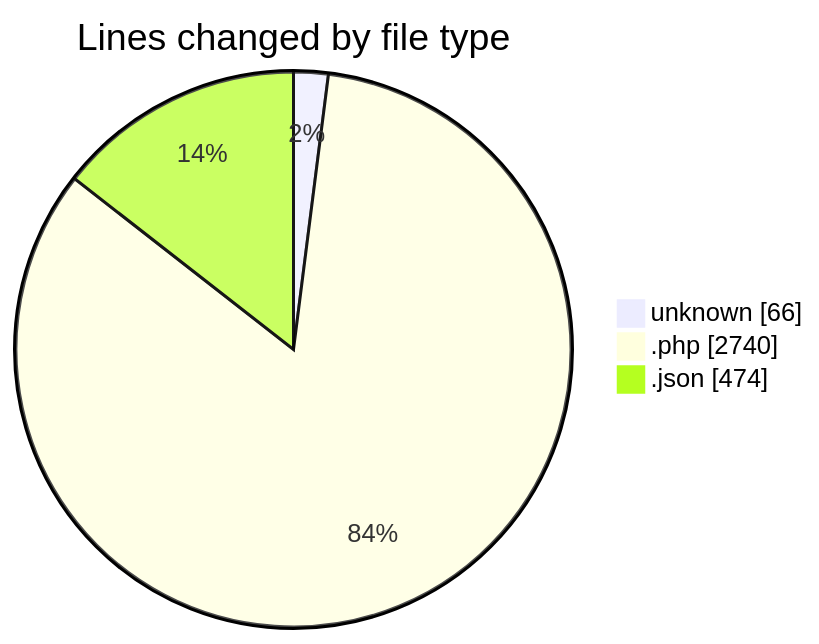
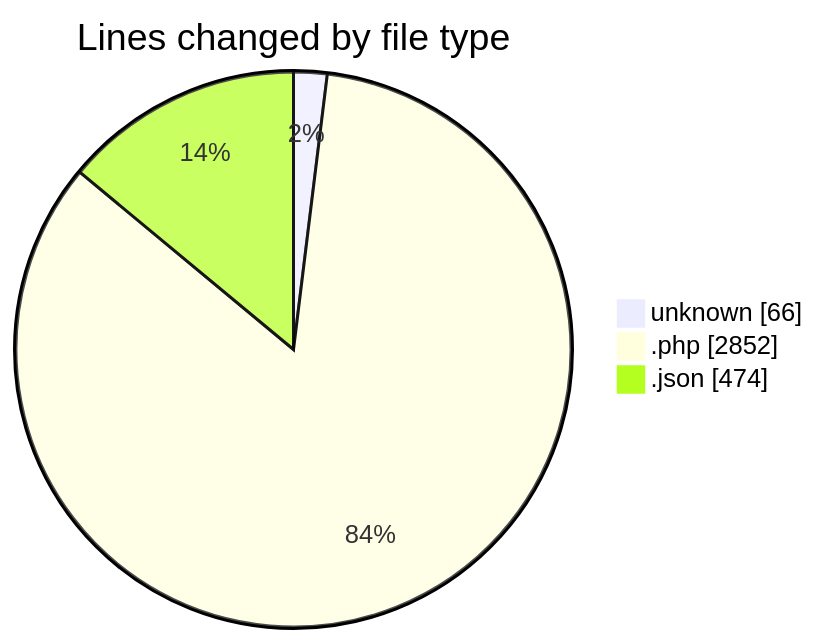
The first of 2 diagrams in 2025-05-27/studio-backend/README.md (idhammustaqopulfikri/code-tracking), drawn with Mermaid before and after one commit. The commit also changed other lines of this file and 1 other file, not shown here.

````diff
--- a/2025-05-27/studio-backend/README.md
+++ b/2025-05-27/studio-backend/README.md
@@ -54,7 +55,7 @@
 ```mermaid
 pie showData
 title Lines changed by file type
 "unknown" : 66
-".php" : 2740
+".php" : 2852
 ".json" : 474
 ```
````
